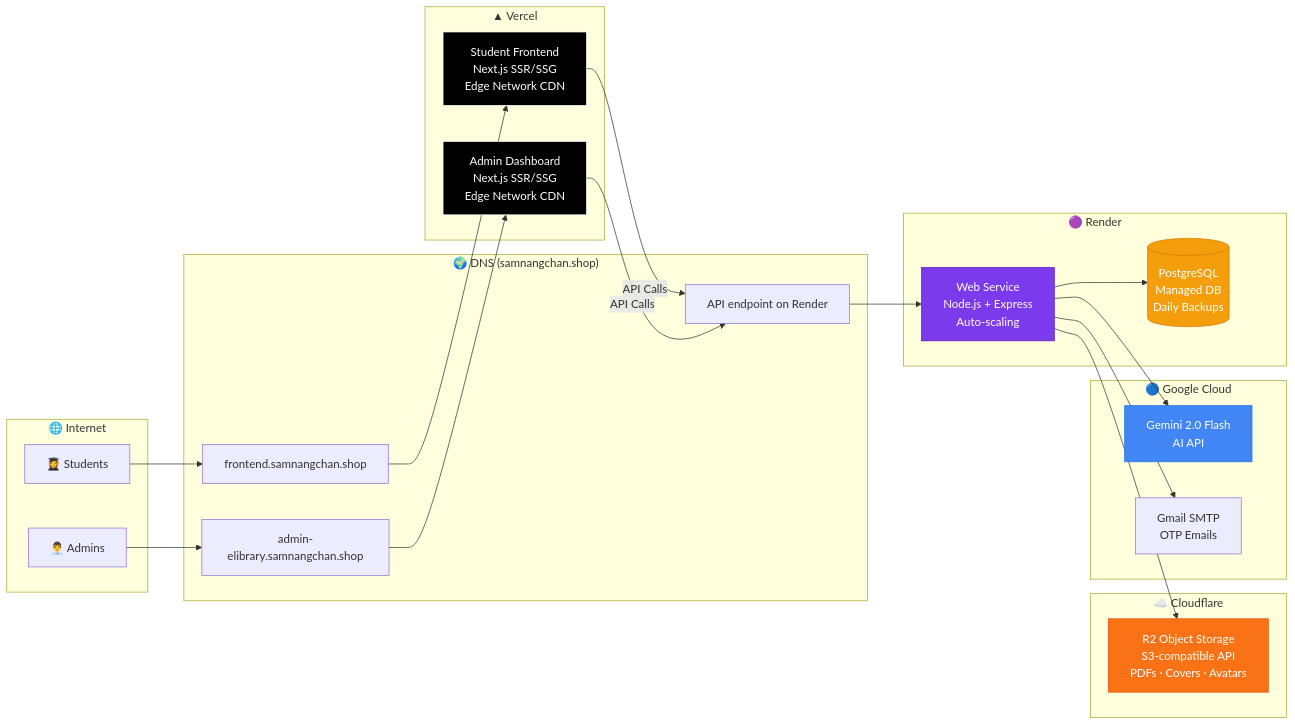
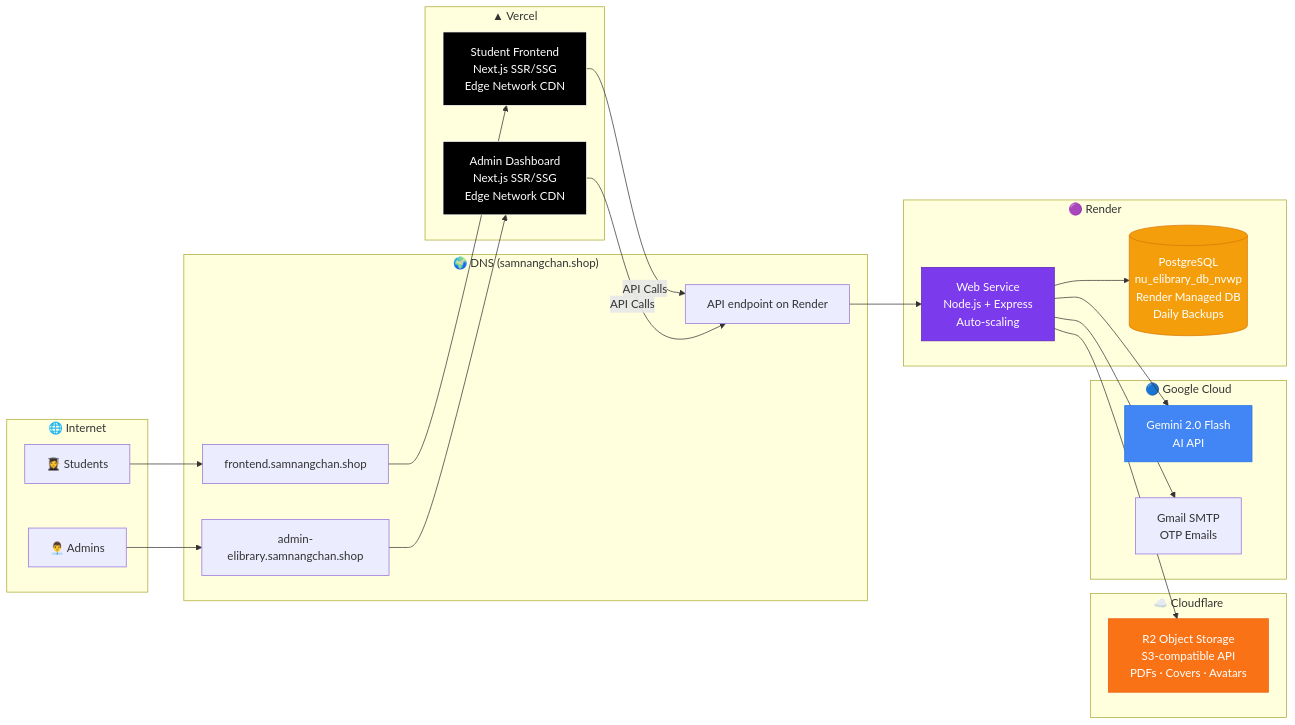
Before and after one commit to E-Library-Norton/user-backend: the second of 15 diagrams in DIAGRAM.md, drawn with Mermaid. The commit also changed other lines of this file and 9 other files, not shown here.

Commit message:
feat: modify the backend's overview endpoint to add these two new stats, then update the frontend charts

````diff
--- a/DIAGRAM.md
+++ b/DIAGRAM.md
@@ -92,49 +93,49 @@
 ```mermaid
 graph LR
     subgraph Internet["🌐 Internet"]
         U1["👩‍🎓 Students"]
         U2["👨‍💼 Admins"]
     end
 
     subgraph DNS["🌍 DNS (samnangchan.shop)"]
         D1["frontend.samnangchan.shop"]
         D2["admin-elibrary.samnangchan.shop"]
         D3["API endpoint on Render"]
     end
 
     subgraph Vercel["▲ Vercel"]
         VF["Student Frontend<br/>Next.js SSR/SSG<br/>Edge Network CDN"]
         VA["Admin Dashboard<br/>Next.js SSR/SSG<br/>Edge Network CDN"]
     end
 
     subgraph Render["🟣 Render"]
         RS["Web Service<br/>Node.js + Express<br/>Auto-scaling"]
-        RPG[("PostgreSQL<br/>Managed DB<br/>Daily Backups")]
+        RPG[("PostgreSQL<br/>nu_elibrary_db_nvwp<br/>Render Managed DB<br/>Daily Backups")]
     end
 
     subgraph Cloudflare["☁️ Cloudflare"]
         CR2["R2 Object Storage<br/>S3-compatible API<br/>PDFs · Covers · Avatars"]
     end
 
     subgraph Google["🔵 Google Cloud"]
         GEM["Gemini 2.0 Flash<br/>AI API"]
         SMTP["Gmail SMTP<br/>OTP Emails"]
     end
 
     U1 --> D1 --> VF
     U2 --> D2 --> VA
     VF -- "API Calls" --> D3
     VA -- "API Calls" --> D3
     D3 --> RS
     RS --> RPG
     RS --> CR2
     RS --> GEM
     RS --> SMTP
 
     style VF fill:#000,stroke:#fff,color:#fff
     style VA fill:#000,stroke:#fff,color:#fff
     style RS fill:#7c3aed,stroke:#5b21b6,color:#fff
     style RPG fill:#f59e0b,stroke:#d97706,color:#fff
     style CR2 fill:#f97316,stroke:#ea580c,color:#fff
     style GEM fill:#4285f4,stroke:#1a73e8,color:#fff
 ```
````
